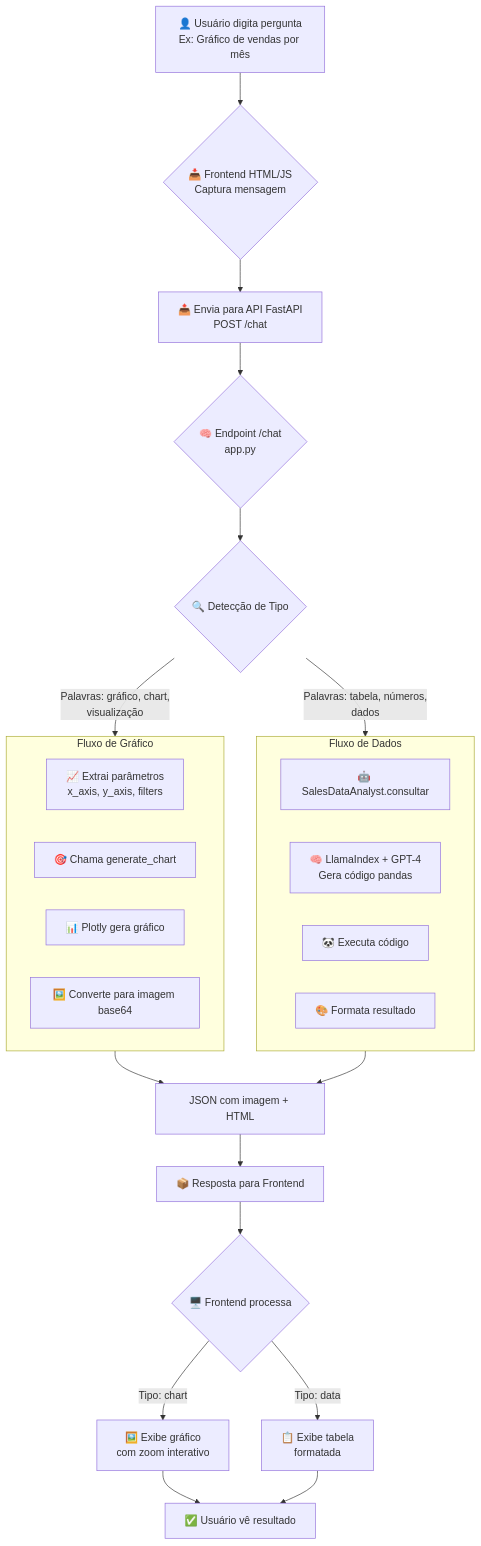
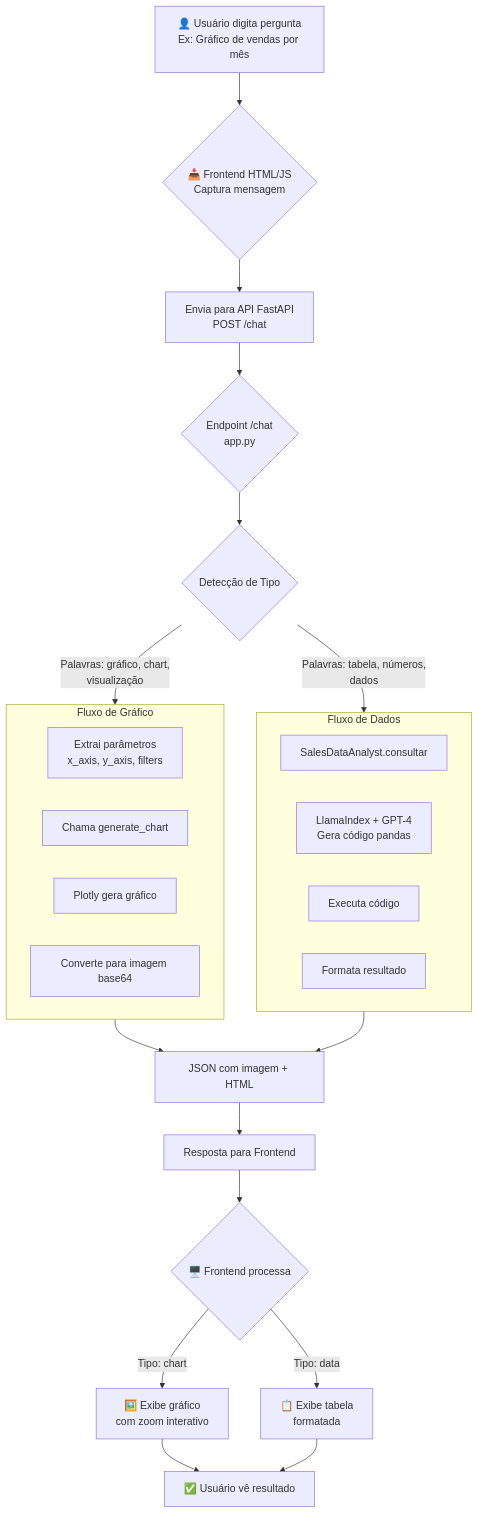
The diagram in README.md (daniell-santana/chatbot_analytics_llamaindex), drawn with Mermaid before and after one commit. The commit also changed other lines of this file, not shown here.

````diff
--- a/README.md
+++ b/README.md
@@ -23,40 +23,40 @@
 ```mermaid
 flowchart TD
     A[👤 Usuário digita pergunta<br>Ex: Gráfico de vendas por mês] --> B{📥 Frontend HTML/JS<br>Captura mensagem}
     
-    B --> C[📤 Envia para API FastAPI<br>POST /chat]
+    B --> C[ Envia para API FastAPI<br>POST /chat]
     
-    C --> D{🧠 Endpoint /chat<br>app.py}
+    C --> D{ Endpoint /chat<br>app.py}
     
-    D --> E{🔍 Detecção de Tipo}
+    D --> E{ Detecção de Tipo}
     
-    E -- "Palavras: gráfico, chart,<br>visualização" --> F[🎨 Processa como GRÁFICO]
-    E -- "Palavras: tabela, números,<br>dados" --> G[📊 Processa como DADOS]
+    E -- "Palavras: gráfico, chart,<br>visualização" --> F[ Processa como GRÁFICO]
+    E -- "Palavras: tabela, números,<br>dados" --> G[ Processa como DADOS]
     
     subgraph F [Fluxo de Gráfico]
-        F1[📈 Extrai parâmetros<br>x_axis, y_axis, filters]
-        F2[🎯 Chama generate_chart]
-        F3[📊 Plotly gera gráfico]
-        F4[🖼️ Converte para imagem base64]
+        F1[ Extrai parâmetros<br>x_axis, y_axis, filters]
+        F2[ Chama generate_chart]
+        F3[ Plotly gera gráfico]
+        F4[ Converte para imagem base64]
     end
     
     subgraph G [Fluxo de Dados]
-        G1[🤖 SalesDataAnalyst.consultar]
-        G2[🧠 LlamaIndex + GPT-4<br>Gera código pandas]
-        G3[🐼 Executa código]
-        G4[🎨 Formata resultado]
+        G1[ SalesDataAnalyst.consultar]
+        G2[ LlamaIndex + GPT-4<br>Gera código pandas]
+        G3[ Executa código]
+        G4[ Formata resultado]
     end
     
     F --> H[JSON com imagem + HTML]
     G --> H
     
-    H --> I[📦 Resposta para Frontend]
+    H --> I[ Resposta para Frontend]
     
     I --> J{🖥️ Frontend processa}
     
     J -- "Tipo: chart" --> K[🖼️ Exibe gráfico<br>com zoom interativo]
     J -- "Tipo: data" --> L[📋 Exibe tabela<br>formatada]
     
     K --> M[✅ Usuário vê resultado]
     L --> M
 ```
````
